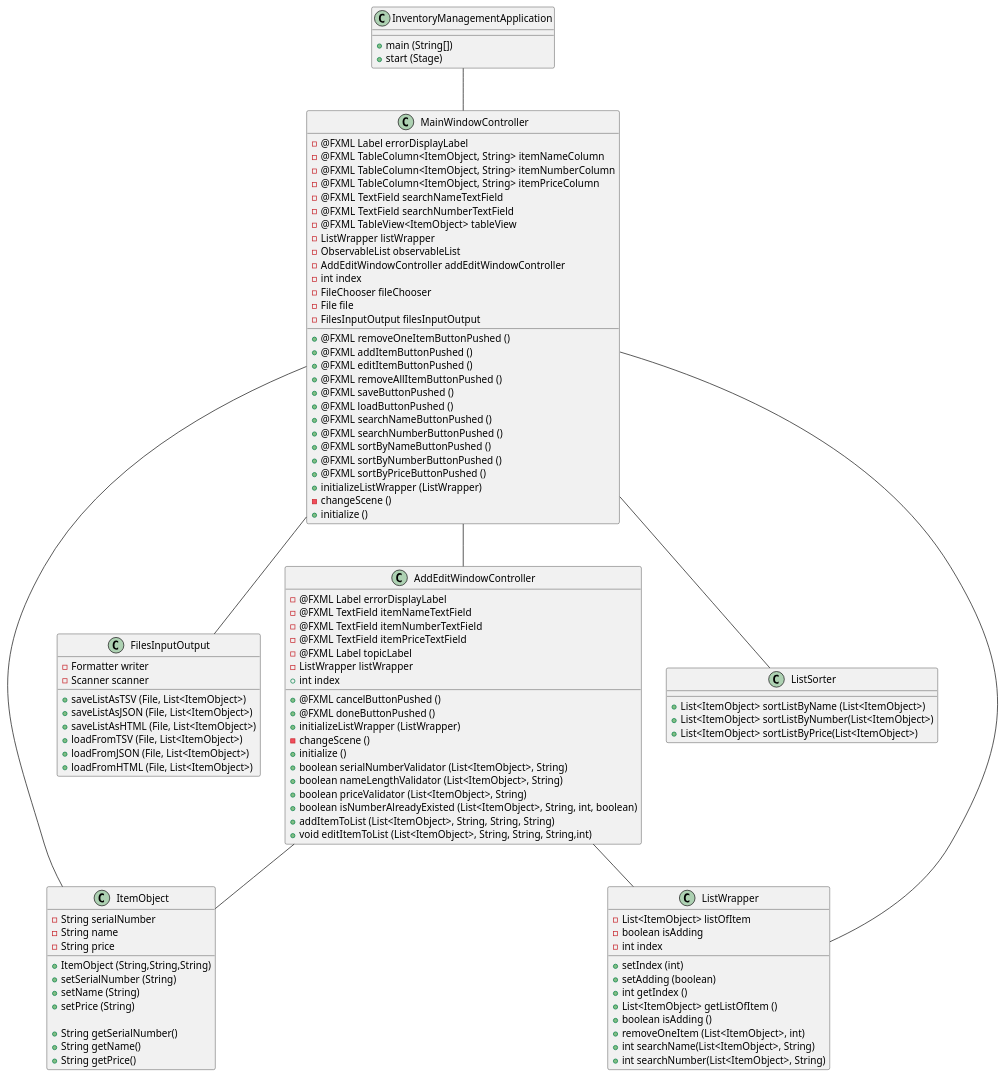
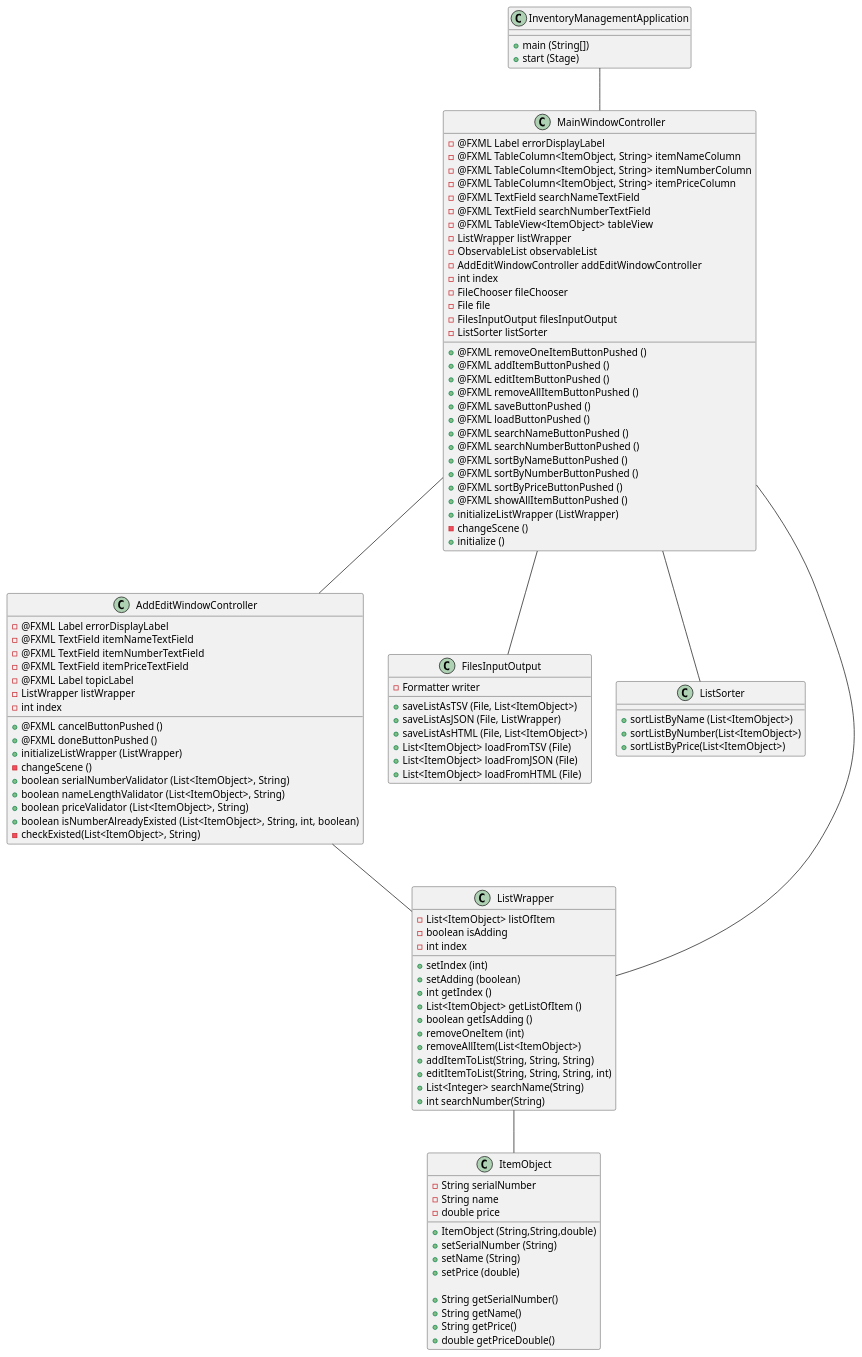
One commit to PraweenPongpat/pongpat-app2 changed the diagram in pongpat-app2/docs/ClassDiagram.puml. Above: the diagram before and after it, drawn with PlantUML.

Commit message:
update UML diagram

```diff
--- a/pongpat-app2/docs/ClassDiagram.puml
+++ b/pongpat-app2/docs/ClassDiagram.puml
@@ -1,118 +1,120 @@
 @startuml
 class InventoryManagementApplication {
     + main (String[])
     + start (Stage)
 }
 
 class MainWindowController {
     - @FXML Label errorDisplayLabel
     - @FXML TableColumn<ItemObject, String> itemNameColumn
     - @FXML TableColumn<ItemObject, String> itemNumberColumn
     - @FXML TableColumn<ItemObject, String> itemPriceColumn
     - @FXML TextField searchNameTextField
     - @FXML TextField searchNumberTextField
     - @FXML TableView<ItemObject> tableView
     - ListWrapper listWrapper
     - ObservableList observableList
     - AddEditWindowController addEditWindowController
     - int index
     - FileChooser fileChooser
     - File file
     - FilesInputOutput filesInputOutput
+    - ListSorter listSorter
 
     + @FXML removeOneItemButtonPushed ()
     + @FXML addItemButtonPushed ()
     + @FXML editItemButtonPushed ()
     + @FXML removeAllItemButtonPushed ()
     + @FXML saveButtonPushed ()
     + @FXML loadButtonPushed ()
     + @FXML searchNameButtonPushed ()
     + @FXML searchNumberButtonPushed ()
     + @FXML sortByNameButtonPushed ()
     + @FXML sortByNumberButtonPushed ()
     + @FXML sortByPriceButtonPushed ()
+    + @FXML showAllItemButtonPushed ()
     + initializeListWrapper (ListWrapper)
     - changeScene ()
     + initialize ()
 }
 
 class AddEditWindowController {
     - @FXML Label errorDisplayLabel
     - @FXML TextField itemNameTextField
     - @FXML TextField itemNumberTextField
     - @FXML TextField itemPriceTextField
     - @FXML Label topicLabel
     - ListWrapper listWrapper
-    + int index
+    - int index
 
     + @FXML cancelButtonPushed ()
     + @FXML doneButtonPushed ()
     + initializeListWrapper (ListWrapper)
     - changeScene ()
-    + initialize ()
     + boolean serialNumberValidator (List<ItemObject>, String)
     + boolean nameLengthValidator (List<ItemObject>, String)
     + boolean priceValidator (List<ItemObject>, String)
     + boolean isNumberAlreadyExisted (List<ItemObject>, String, int, boolean)
-    + addItemToList (List<ItemObject>, String, String, String)
-    + void editItemToList (List<ItemObject>, String, String, String,int)
+    - checkExisted(List<ItemObject>, String)
 }
 
 class FilesInputOutput {
     - Formatter writer
-    - Scanner scanner
 
     + saveListAsTSV (File, List<ItemObject>)
-    + saveListAsJSON (File, List<ItemObject>)
+    + saveListAsJSON (File, ListWrapper)
     + saveListAsHTML (File, List<ItemObject>)
-    + loadFromTSV (File, List<ItemObject>)
-    + loadFromJSON (File, List<ItemObject>)
-    + loadFromHTML (File, List<ItemObject>)
+    + List<ItemObject> loadFromTSV (File)
+    + List<ItemObject> loadFromJSON (File)
+    + List<ItemObject> loadFromHTML (File)
 }
 
 class ItemObject {
     - String serialNumber
     - String name
-    - String price
+    - double price
 
-    + ItemObject (String,String,String)
+    + ItemObject (String,String,double)
     + setSerialNumber (String)
     + setName (String)
-    + setPrice (String)
+    + setPrice (double)
 
     + String getSerialNumber()
     + String getName()
     + String getPrice()
+    + double getPriceDouble()
 }
 
 class ListSorter {
-    + List<ItemObject> sortListByName (List<ItemObject>)
-    + List<ItemObject> sortListByNumber(List<ItemObject>)
-    + List<ItemObject> sortListByPrice(List<ItemObject>)
+    + sortListByName (List<ItemObject>)
+    + sortListByNumber(List<ItemObject>)
+    + sortListByPrice(List<ItemObject>)
 }
 
 class ListWrapper {
     - List<ItemObject> listOfItem
     - boolean isAdding
     - int index
 
     + setIndex (int)
     + setAdding (boolean)
     + int getIndex ()
     + List<ItemObject> getListOfItem ()
-    + boolean isAdding ()
-    + removeOneItem (List<ItemObject>, int)
-    + int searchName(List<ItemObject>, String)
-    + int searchNumber(List<ItemObject>, String)
+    + boolean getIsAdding ()
+    + removeOneItem (int)
+    + removeAllItem(List<ItemObject>)
+    + addItemToList(String, String, String)
+    + editItemToList(String, String, String, int)
+    + List<Integer> searchName(String)
+    + int searchNumber(String)
 }
 
 InventoryManagementApplication -- MainWindowController
 MainWindowController -- AddEditWindowController
 MainWindowController -- ListWrapper
-MainWindowController -- ItemObject
 MainWindowController -- ListSorter
 MainWindowController -- FilesInputOutput
 AddEditWindowController -- ListWrapper
-AddEditWindowController -- ItemObject
+ListWrapper -- ItemObject
 
 @enduml
```
